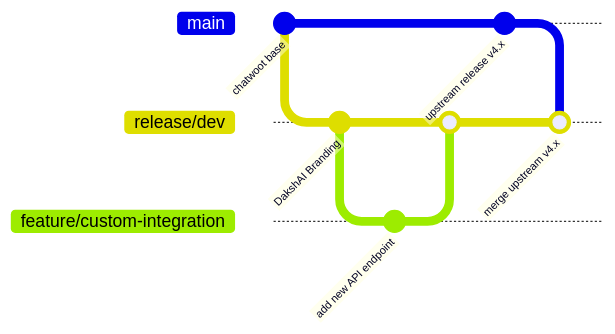
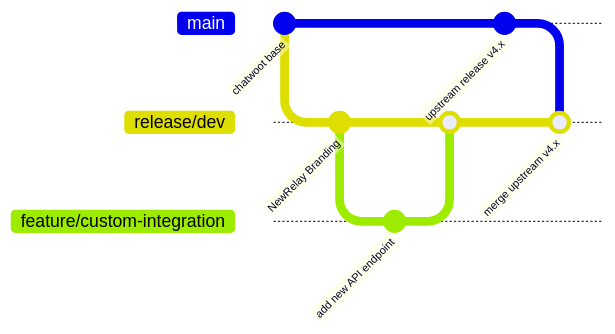
The diagram in MAINTENANCE.md (newrelay/newrelay-app), drawn with Mermaid before and after one commit. The commit also changed other lines of this file and 41 other files, not shown here.

````diff
--- a/MAINTENANCE.md
+++ b/MAINTENANCE.md
@@ -11,16 +11,16 @@
 ```mermaid
 gitGraph
    commit id: "chatwoot base"
    branch release/dev
    checkout release/dev
-   commit id: "DakshAI Branding"
+   commit id: "NewRelay Branding"
    branch feature/custom-integration
    checkout feature/custom-integration
    commit id: "add new API endpoint"
    checkout release/dev
    merge feature/custom-integration
    checkout main
    commit id: "upstream release v4.x"
    checkout release/dev
    merge main id: "merge upstream v4.x"
 ```
````
